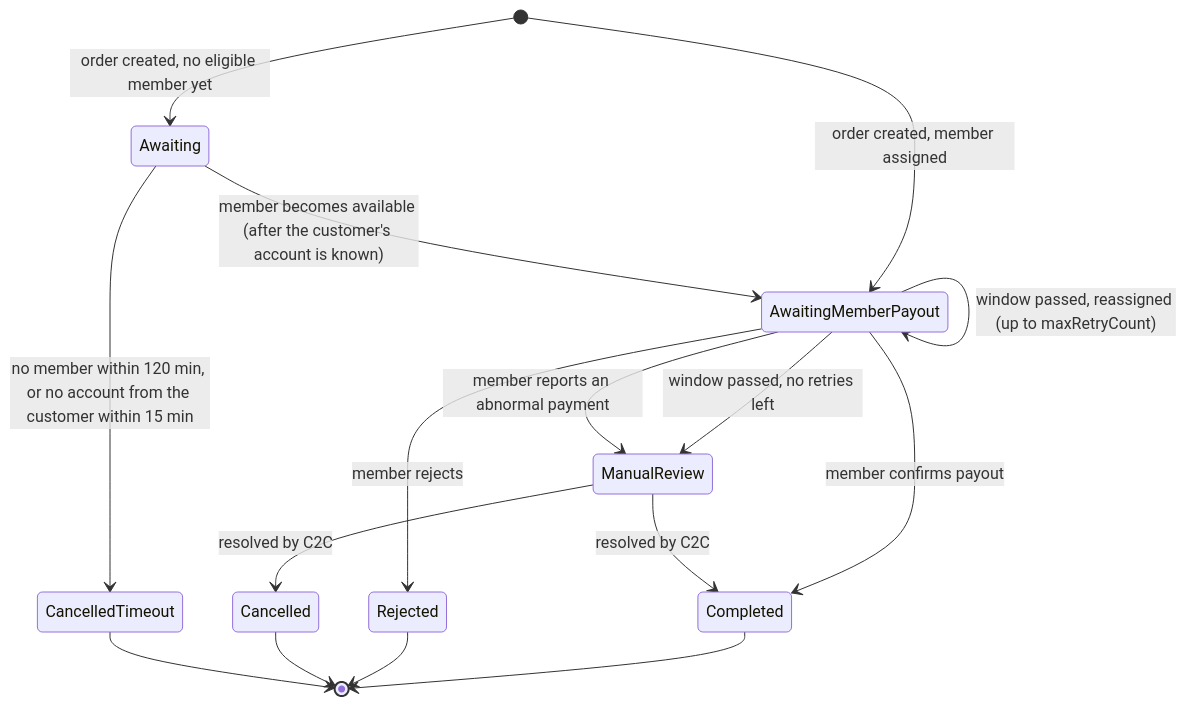
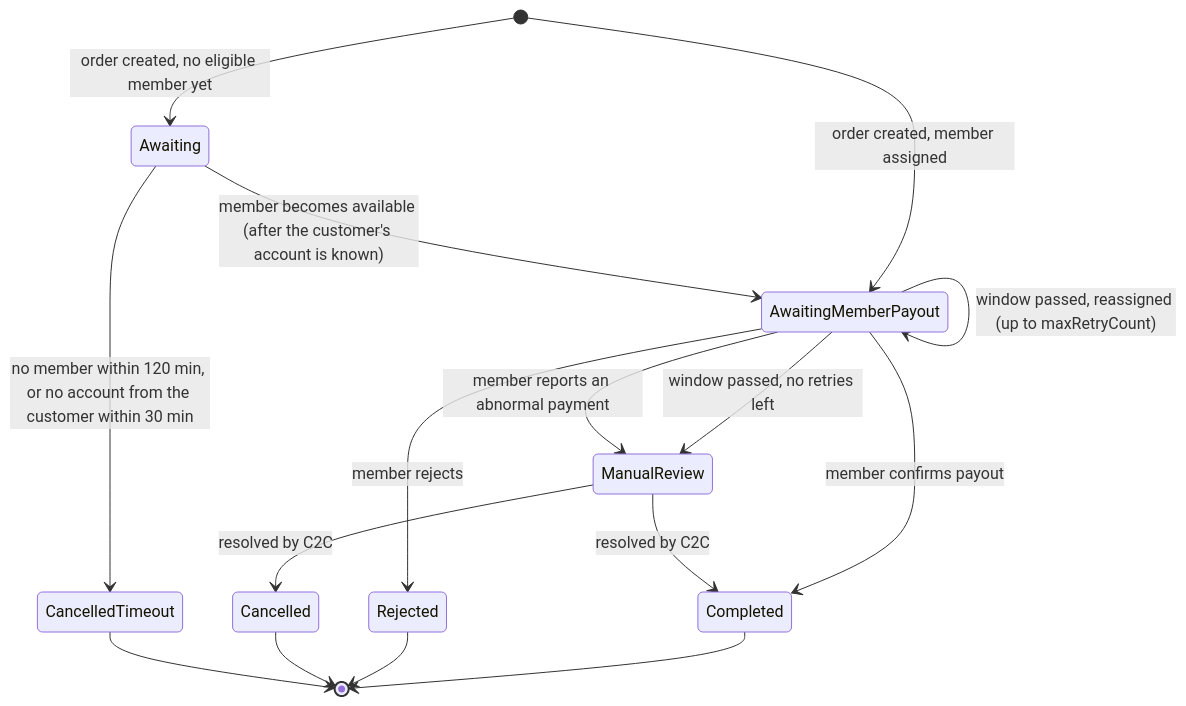
One commit to harisnaseer191/c2c-mintlify-docs changed the second of 2 diagrams in guides/withdrawal-flow.mdx. Above: the diagram before and after it, drawn with Mermaid. The commit also changed other lines of this file and 9 other files, not shown here.

````diff
--- a/guides/withdrawal-flow.mdx
+++ b/guides/withdrawal-flow.mdx
@@ -85,18 +85,18 @@
 ```mermaid
 stateDiagram-v2
     [*] --> AwaitingMemberPayout: order created, member assigned
     [*] --> Awaiting: order created, no eligible member yet
     Awaiting --> AwaitingMemberPayout: member becomes available (after the customer's account is known)
-    Awaiting --> CancelledTimeout: no member within 120 min, or no account from the customer within 15 min
+    Awaiting --> CancelledTimeout: no member within 120 min, or no account from the customer within 30 min
     AwaitingMemberPayout --> AwaitingMemberPayout: window passed, reassigned (up to maxRetryCount)
     AwaitingMemberPayout --> Completed: member confirms payout
     AwaitingMemberPayout --> Rejected: member rejects
     AwaitingMemberPayout --> ManualReview: window passed, no retries left
     AwaitingMemberPayout --> ManualReview: member reports an abnormal payment
     ManualReview --> Completed: resolved by C2C
     ManualReview --> Cancelled: resolved by C2C
     Completed --> [*]
     Rejected --> [*]
     Cancelled --> [*]
     CancelledTimeout --> [*]
 ```
````
